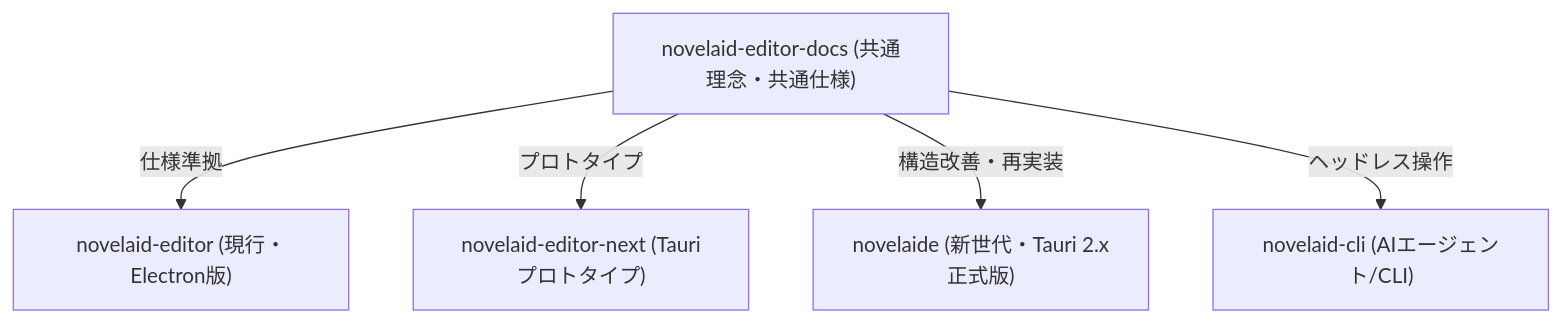
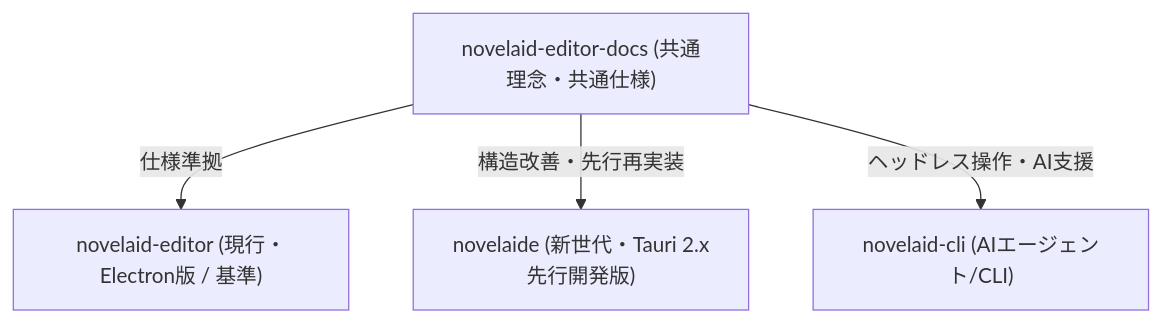
One commit to mituha/novelaid-editor-docs changed the diagram in docs/dev/index.md. Above: the diagram before and after it, drawn with Mermaid. The commit also changed other lines of this file and 2 other files, not shown here.

Commit message:
docs: 機能一覧および各アプリ対応状況の作成と古い比較ドキュメントの削除

````diff
--- a/docs/dev/index.md
+++ b/docs/dev/index.md
@@ -41,14 +43,12 @@
 ```mermaid
 graph TD
     Docs["novelaid-editor-docs (共通理念・共通仕様)"]
 
-    App1["novelaid-editor (現行・Electron版)"]
-    App2["novelaid-editor-next (Tauriプロトタイプ)"]
-    App3["novelaide (新世代・Tauri 2.x正式版)"]
+    App1["novelaid-editor (現行・Electron版 / 基準)"]
+    App2["novelaide (新世代・Tauri 2.x先行開発版)"]
     CLI["novelaid-cli (AIエージェント/CLI)"]
 
     Docs -->|"仕様準拠"| App1
-    Docs -->|"プロトタイプ"| App2
-    Docs -->|"構造改善・再実装"| App3
-    Docs -->|"ヘッドレス操作"| CLI
+    Docs -->|"構造改善・先行再実装"| App2
+    Docs -->|"ヘッドレス操作・AI支援"| CLI
 ```
````
